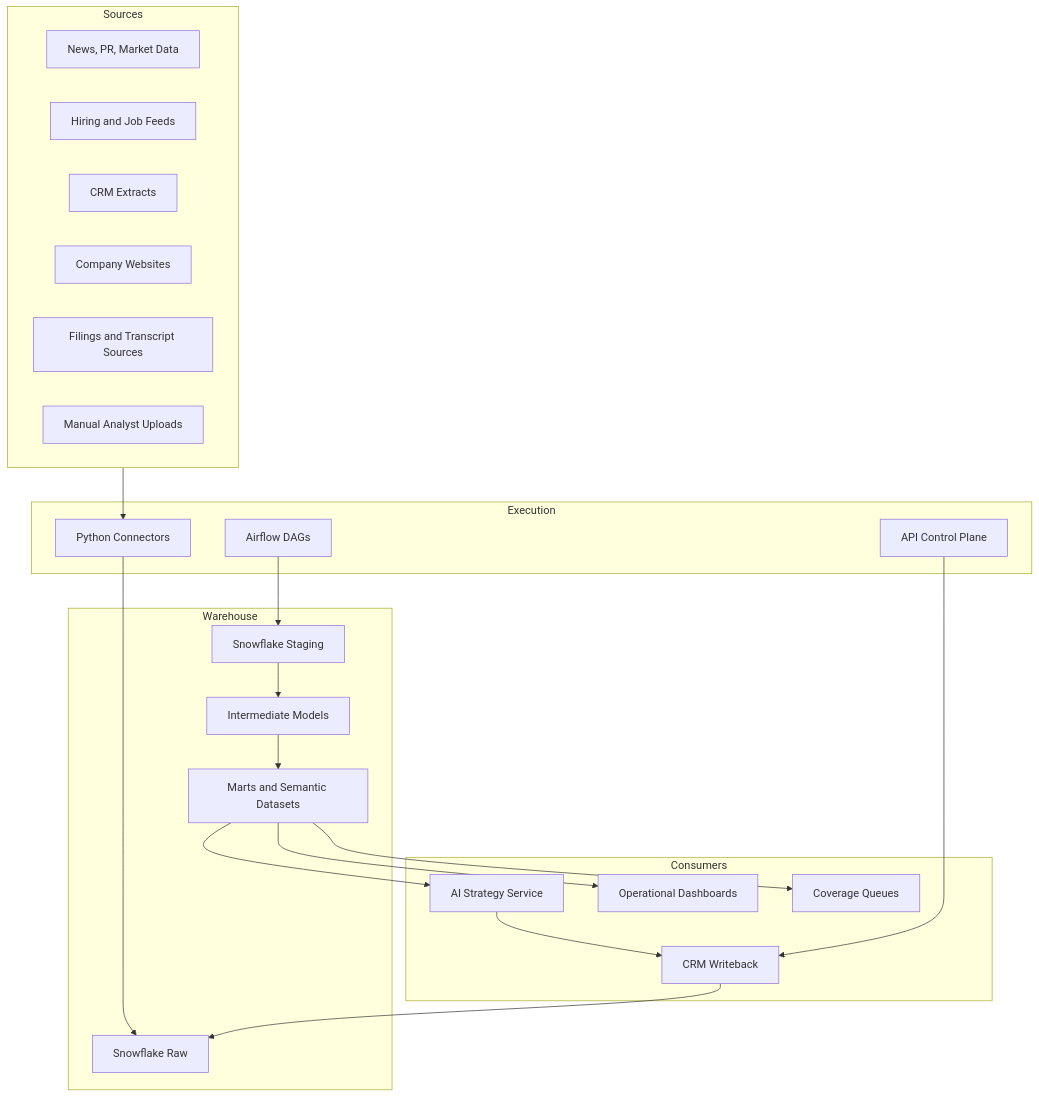
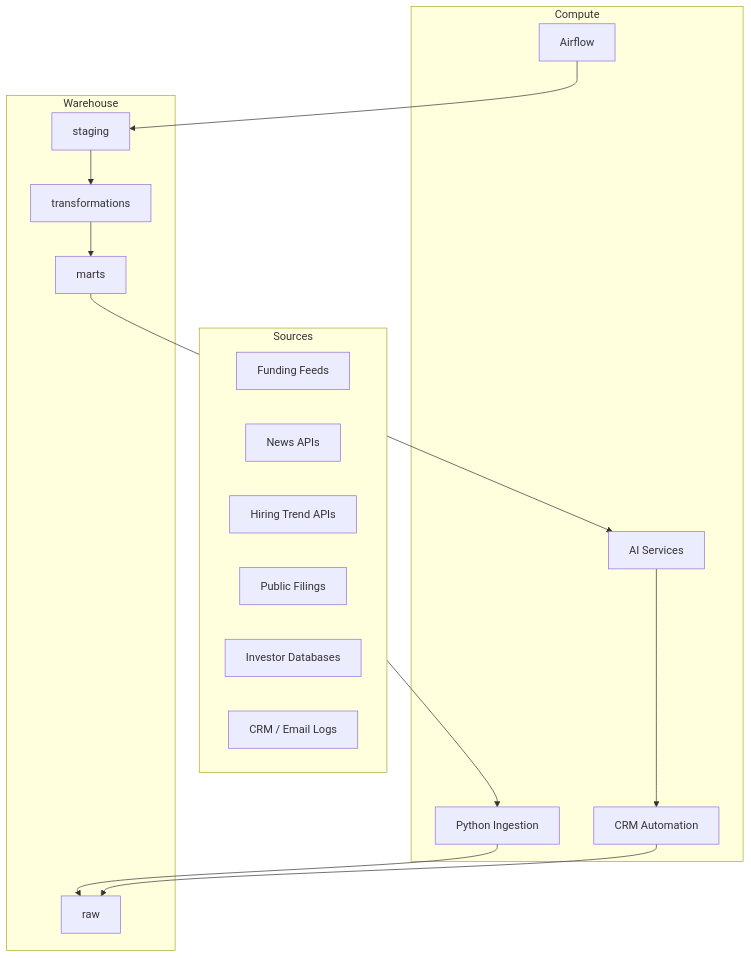
Before and after one commit to yghias/dealflow-ai-engine: the diagram in ARCHITECTURE.md, drawn with Mermaid. The commit also changed other lines of this file and 156 other files, not shown here.

````diff
--- a/ARCHITECTURE.md
+++ b/ARCHITECTURE.md
@@ -6,43 +35,34 @@
 ```mermaid
 flowchart TB
     subgraph Sources
-        S1["News, PR, Market Data"]
-        S2["Hiring and Job Feeds"]
-        S3["CRM Extracts"]
-        S4["Company Websites"]
-        S5["Filings and Transcript Sources"]
-        S6["Manual Analyst Uploads"]
+        S1["Funding Feeds"]
+        S2["News APIs"]
+        S3["Hiring Trend APIs"]
+        S4["Public Filings"]
+        S5["Investor Databases"]
+        S6["CRM / Email Logs"]
     end
 
-    subgraph Execution
-        E1["Python Connectors"]
-        E2["Airflow DAGs"]
-        E3["API Control Plane"]
+    subgraph Compute
+        P1["Python Ingestion"]
+        P2["Airflow"]
+        P3["AI Services"]
+        P4["CRM Automation"]
     end
 
     subgraph Warehouse
-        W1["Snowflake Raw"]
-        W2["Snowflake Staging"]
-        W3["Intermediate Models"]
-        W4["Marts and Semantic Datasets"]
+        W1["raw"]
+        W2["staging"]
+        W3["transformations"]
+        W4["marts"]
     end
 
-    subgraph Consumers
-        C1["AI Strategy Service"]
-        C2["CRM Writeback"]
-        C3["Operational Dashboards"]
-        C4["Coverage Queues"]
-    end
-
-    Sources --> E1
-    E1 --> W1
-    E2 --> W2
+    Sources --> P1
+    P1 --> W1
+    P2 --> W2
     W2 --> W3
     W3 --> W4
-    W4 --> C1
-    W4 --> C3
-    W4 --> C4
-    C1 --> C2
-    C2 --> W1
-    E3 --> C2
+    W4 --> P3
+    P3 --> P4
+    P4 --> W1
 ```
````
